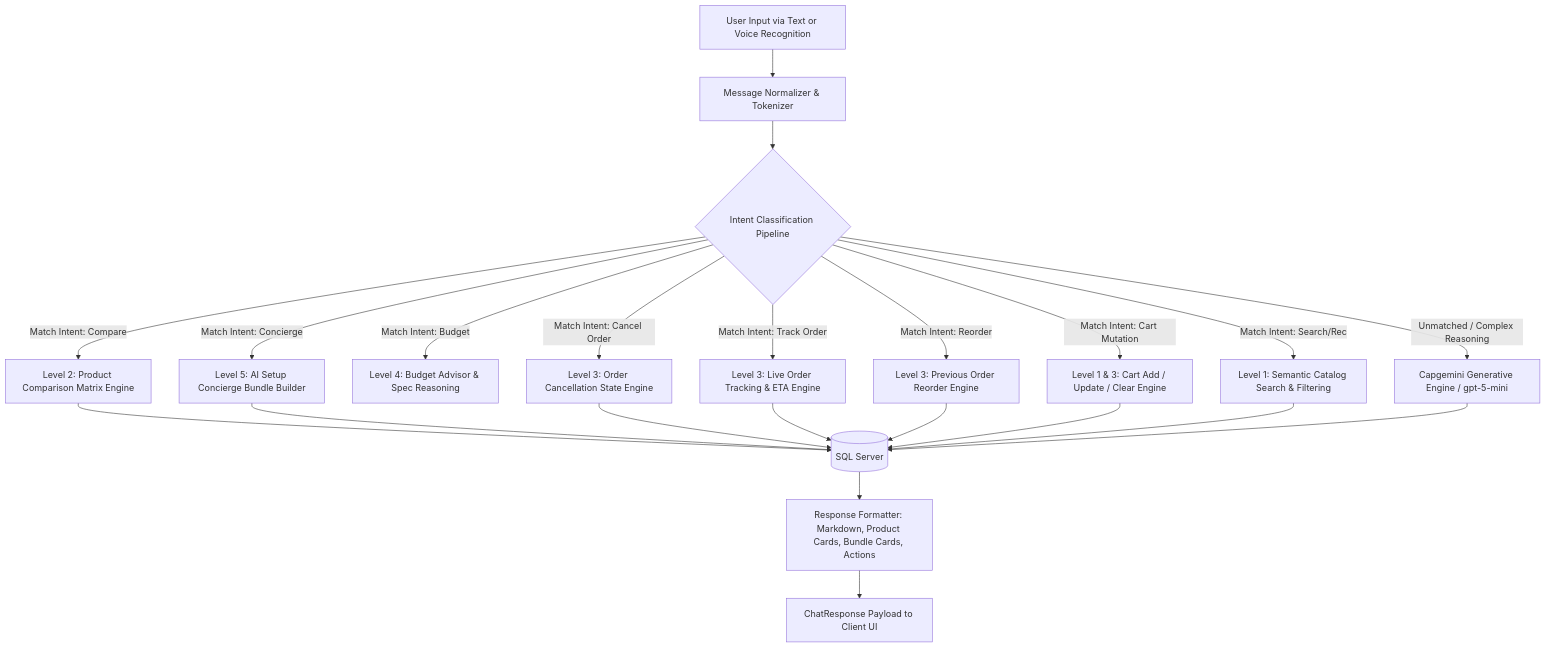
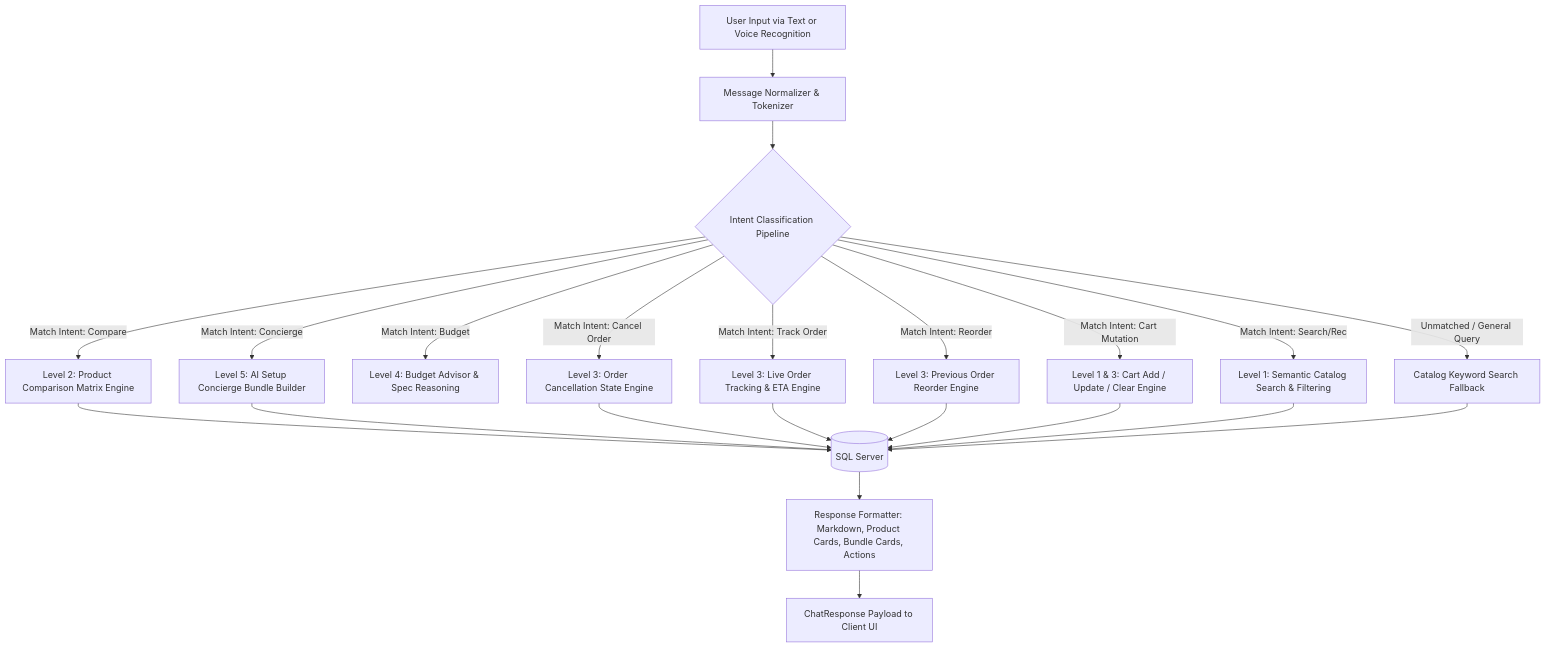
Before and after one commit to Satyam12Capgemini/AiEcommerce: the fifth of 8 diagrams in LLD_AI_Ecommerce_Assistant.md, drawn with Mermaid. The commit also changed other lines of this file and 2 other files, not shown here.

Commit message:
Refactor LLD: Align architecture strictly with actual codebase (remove unimplemented RBAC and external LLM, use true in-memory NLU and PBKDF2 auth)

````diff
--- a/LLD_AI_Ecommerce_Assistant.md
+++ b/LLD_AI_Ecommerce_Assistant.md
@@ -375,27 +373,27 @@
 ```mermaid
 flowchart TD
     Inbound[User Input via Text or Voice Recognition] --> Normalizer[Message Normalizer & Tokenizer]
     Normalizer --> Classifier{Intent Classification Pipeline}
 
     Classifier -->|Match Intent: Compare| CompareHandler[Level 2: Product Comparison Matrix Engine]
     Classifier -->|Match Intent: Concierge| ConciergeHandler[Level 5: AI Setup Concierge Bundle Builder]
     Classifier -->|Match Intent: Budget| BudgetHandler[Level 4: Budget Advisor & Spec Reasoning]
     Classifier -->|Match Intent: Cancel Order| CancelHandler[Level 3: Order Cancellation State Engine]
     Classifier -->|Match Intent: Track Order| TrackHandler[Level 3: Live Order Tracking & ETA Engine]
     Classifier -->|Match Intent: Reorder| ReorderHandler[Level 3: Previous Order Reorder Engine]
     Classifier -->|Match Intent: Cart Mutation| CartHandler[Level 1 & 3: Cart Add / Update / Clear Engine]
     Classifier -->|Match Intent: Search/Rec| SearchHandler[Level 1: Semantic Catalog Search & Filtering]
-    Classifier -->|Unmatched / Complex Reasoning| LLMEngine[Capgemini Generative Engine / gpt-5-mini]
+    Classifier -->|Unmatched / General Query| FallbackSearch[Catalog Keyword Search Fallback]
 
     CompareHandler --> DB[(SQL Server)]
     ConciergeHandler --> DB
     CancelHandler --> DB
     TrackHandler --> DB
     ReorderHandler --> DB
     CartHandler --> DB
     SearchHandler --> DB
-    LLMEngine --> DB
+    FallbackSearch --> DB
 
     DB --> ResponseFormatter[Response Formatter: Markdown, Product Cards, Bundle Cards, Actions]
     ResponseFormatter --> Outbound[ChatResponse Payload to Client UI]
 ```
````
